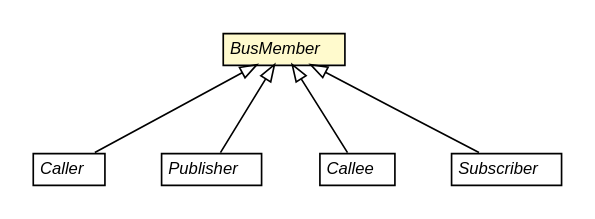
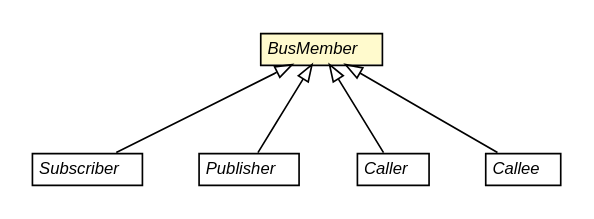
The diagram in mw.pom/apidocs/org/universAAL/middleware/bus/member/BusMember.dot (cstockloew/middleware), drawn with Graphviz before and after one commit. The commit also changed 2056 other files, not shown here.

```diff
--- a/mw.pom/apidocs/org/universAAL/middleware/bus/member/BusMember.dot
+++ b/mw.pom/apidocs/org/universAAL/middleware/bus/member/BusMember.dot
@@ -1,50 +1,50 @@
 #!/usr/local/bin/dot
 #
 # Class diagram 
 # Generated by UMLGraph version R5_6-24-gf6e263 (http://www.umlgraph.org/)
 #
 
 digraph G {
 	edge [fontname="Helvetica",fontsize=10,labelfontname="Helvetica",labelfontsize=10];
 	node [fontname="Helvetica",fontsize=10,shape=plaintext];
 	nodesep=0.25;
 	ranksep=0.5;
-	// org.universAAL.middleware.bus.member.Caller
-	c139033 [label=<<table title="org.universAAL.middleware.bus.member.Caller" border="0" cellborder="1" cellspacing="0" cellpadding="2" port="p" href="./Caller.html">
+	// org.universAAL.middleware.bus.member.Subscriber
+	c139033 [label=<<table title="org.universAAL.middleware.bus.member.Subscriber" border="0" cellborder="1" cellspacing="0" cellpadding="2" port="p" href="./Subscriber.html">
 		<tr><td><table border="0" cellspacing="0" cellpadding="1">
-<tr><td align="center" balign="center"><font face="Helvetica-Oblique"> Caller </font></td></tr>
+<tr><td align="center" balign="center"><font face="Helvetica-Oblique"> Subscriber </font></td></tr>
 		</table></td></tr>
-		</table>>, URL="./Caller.html", fontname="Helvetica", fontcolor="black", fontsize=10.0];
+		</table>>, URL="./Subscriber.html", fontname="Helvetica", fontcolor="black", fontsize=10.0];
 	// org.universAAL.middleware.bus.member.Publisher
 	c139034 [label=<<table title="org.universAAL.middleware.bus.member.Publisher" border="0" cellborder="1" cellspacing="0" cellpadding="2" port="p" href="./Publisher.html">
 		<tr><td><table border="0" cellspacing="0" cellpadding="1">
 <tr><td align="center" balign="center"><font face="Helvetica-Oblique"> Publisher </font></td></tr>
 		</table></td></tr>
 		</table>>, URL="./Publisher.html", fontname="Helvetica", fontcolor="black", fontsize=10.0];
+	// org.universAAL.middleware.bus.member.Caller
+	c139035 [label=<<table title="org.universAAL.middleware.bus.member.Caller" border="0" cellborder="1" cellspacing="0" cellpadding="2" port="p" href="./Caller.html">
+		<tr><td><table border="0" cellspacing="0" cellpadding="1">
+<tr><td align="center" balign="center"><font face="Helvetica-Oblique"> Caller </font></td></tr>
+		</table></td></tr>
+		</table>>, URL="./Caller.html", fontname="Helvetica", fontcolor="black", fontsize=10.0];
 	// org.universAAL.middleware.bus.member.Callee
-	c139035 [label=<<table title="org.universAAL.middleware.bus.member.Callee" border="0" cellborder="1" cellspacing="0" cellpadding="2" port="p" href="./Callee.html">
+	c139036 [label=<<table title="org.universAAL.middleware.bus.member.Callee" border="0" cellborder="1" cellspacing="0" cellpadding="2" port="p" href="./Callee.html">
 		<tr><td><table border="0" cellspacing="0" cellpadding="1">
 <tr><td align="center" balign="center"><font face="Helvetica-Oblique"> Callee </font></td></tr>
 		</table></td></tr>
 		</table>>, URL="./Callee.html", fontname="Helvetica", fontcolor="black", fontsize=10.0];
-	// org.universAAL.middleware.bus.member.Subscriber
-	c139036 [label=<<table title="org.universAAL.middleware.bus.member.Subscriber" border="0" cellborder="1" cellspacing="0" cellpadding="2" port="p" href="./Subscriber.html">
-		<tr><td><table border="0" cellspacing="0" cellpadding="1">
-<tr><td align="center" balign="center"><font face="Helvetica-Oblique"> Subscriber </font></td></tr>
-		</table></td></tr>
-		</table>>, URL="./Subscriber.html", fontname="Helvetica", fontcolor="black", fontsize=10.0];
 	// org.universAAL.middleware.bus.member.BusMember
 	c139038 [label=<<table title="org.universAAL.middleware.bus.member.BusMember" border="0" cellborder="1" cellspacing="0" cellpadding="2" port="p" bgcolor="lemonChiffon" href="./BusMember.html">
 		<tr><td><table border="0" cellspacing="0" cellpadding="1">
 <tr><td align="center" balign="center"><font face="Helvetica-Oblique"> BusMember </font></td></tr>
 		</table></td></tr>
 		</table>>, URL="./BusMember.html", fontname="Helvetica", fontcolor="black", fontsize=10.0];
-	//org.universAAL.middleware.bus.member.Caller extends org.universAAL.middleware.bus.member.BusMember
+	//org.universAAL.middleware.bus.member.Subscriber extends org.universAAL.middleware.bus.member.BusMember
 	c139038:p -> c139033:p [dir=back,arrowtail=empty];
 	//org.universAAL.middleware.bus.member.Publisher extends org.universAAL.middleware.bus.member.BusMember
 	c139038:p -> c139034:p [dir=back,arrowtail=empty];
+	//org.universAAL.middleware.bus.member.Caller extends org.universAAL.middleware.bus.member.BusMember
+	c139038:p -> c139035:p [dir=back,arrowtail=empty];
 	//org.universAAL.middleware.bus.member.Callee extends org.universAAL.middleware.bus.member.BusMember
-	c139038:p -> c139035:p [dir=back,arrowtail=empty];
-	//org.universAAL.middleware.bus.member.Subscriber extends org.universAAL.middleware.bus.member.BusMember
 	c139038:p -> c139036:p [dir=back,arrowtail=empty];
 }
```
